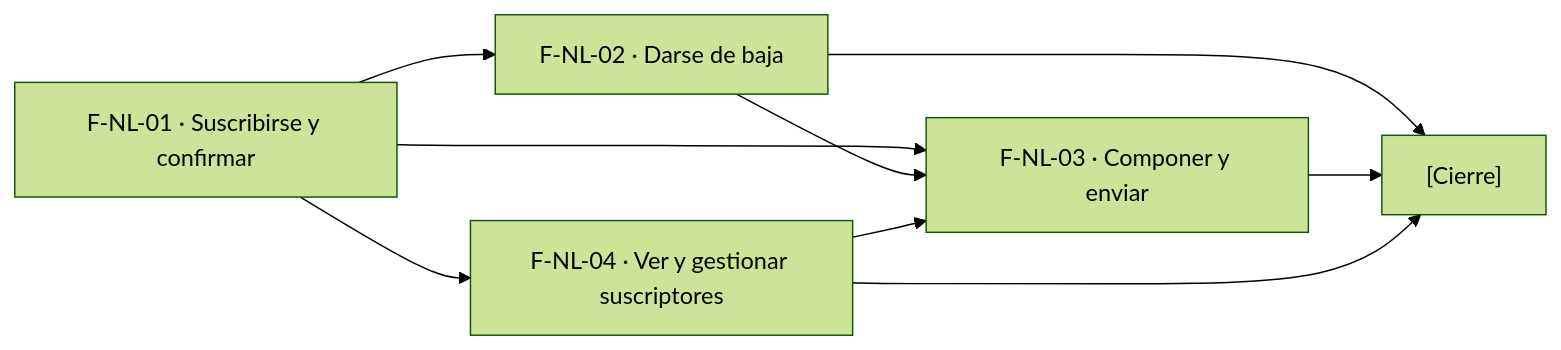
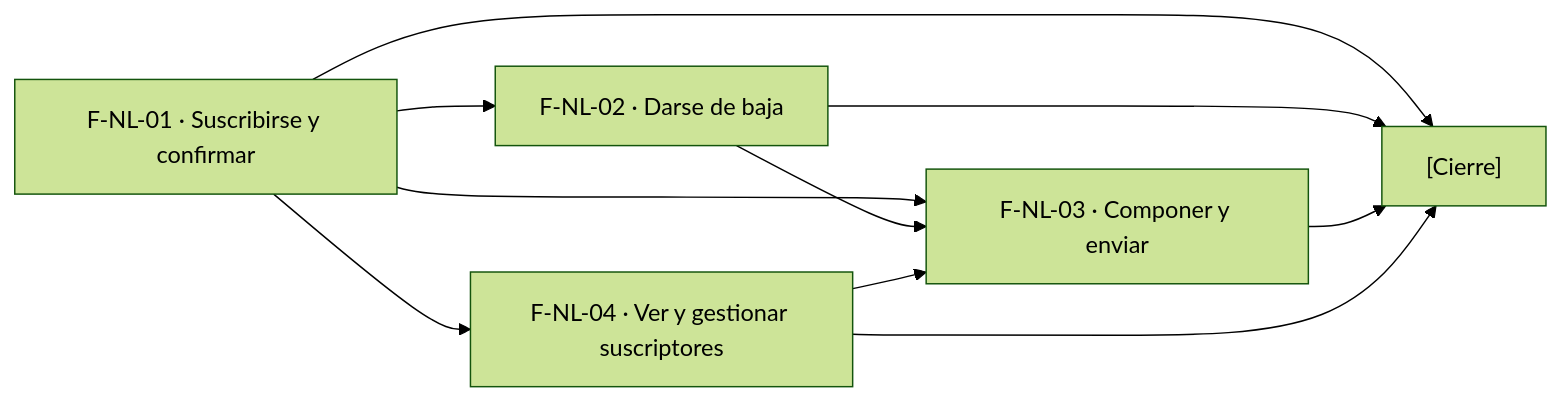
One commit to nicolasjones/multistorefront-meli changed the diagram in specs/20270328-100000-newsletter-de-la-tienda/tasks.md. Above: the diagram before and after it, drawn with Mermaid (forest theme).

Commit message:
docs(spec): cerrar el Mermaid del plan de ejecución con la flecha de F-NL-01 al cierre (MSF-468)

````diff
--- a/specs/20270328-100000-newsletter-de-la-tienda/tasks.md
+++ b/specs/20270328-100000-newsletter-de-la-tienda/tasks.md
@@ -139,17 +139,18 @@
 ```mermaid
 flowchart LR
   F1["F-NL-01 · Suscribirse y confirmar"]
   F2["F-NL-02 · Darse de baja"]
   F3["F-NL-03 · Componer y enviar"]
   F4["F-NL-04 · Ver y gestionar suscriptores"]
   C["[Cierre]"]
 
   F1 --> F2
   F1 --> F4
   F1 --> F3
   F2 --> F3
   F4 --> F3
+  F1 --> C
   F2 --> C
   F3 --> C
   F4 --> C
 ```
````
